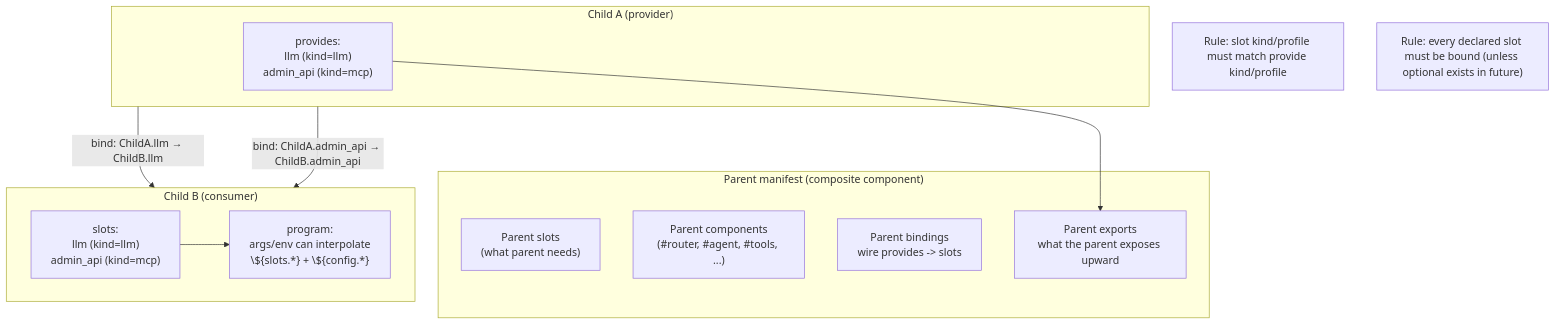
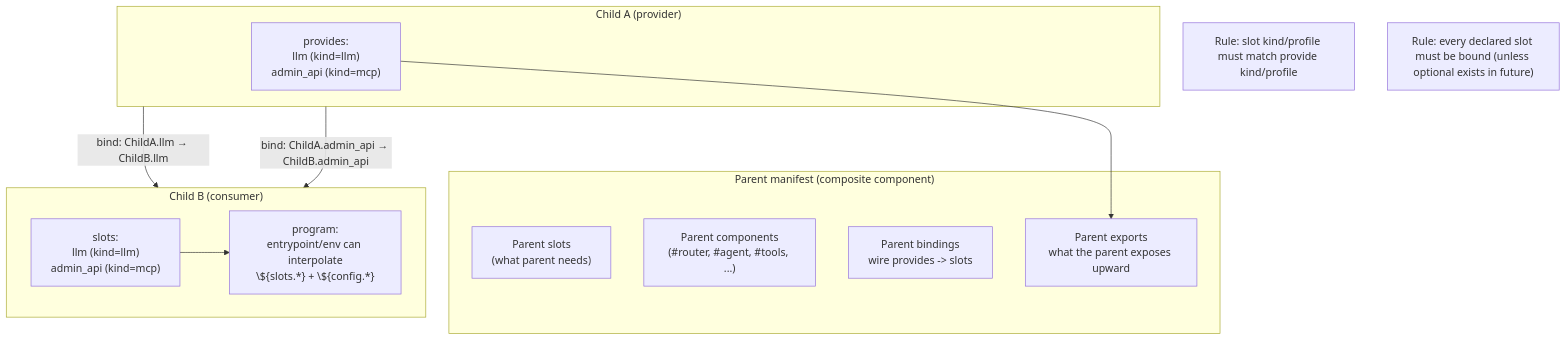
Before and after one commit to RDI-Foundation/amber: the second of 4 diagrams in README.md, drawn with Mermaid. The commit also changed other lines of this file and 51 other files, not shown here.

````diff
--- a/README.md
+++ b/README.md
@@ -38,26 +38,26 @@
 ```mermaid
 flowchart TB
   subgraph Parent["Parent manifest (composite component)"]
     Pslots["Parent slots<br/>(what parent needs)"]
     Pkids["Parent components<br/>(#router, #agent, #tools, ...)"]
     Pbind["Parent bindings<br/>wire provides -> slots"]
     Pexp["Parent exports<br/>what the parent exposes upward"]
   end
 
   subgraph ChildA["Child A (provider)"]
     Aprov["provides:<br/>llm (kind=llm)<br/>admin_api (kind=mcp)"]
   end
 
   subgraph ChildB["Child B (consumer)"]
     Bslot["slots:<br/>llm (kind=llm)<br/>admin_api (kind=mcp)"]
-    Bprog["program:<br/>args/env can interpolate<br/>\${slots.*} + \${config.*}"]
+    Bprog["program:<br/>entrypoint/env can interpolate<br/>\${slots.*} + \${config.*}"]
   end
 
   ChildA -->|"bind: ChildA.llm → ChildB.llm"| ChildB
   ChildA -->|"bind: ChildA.admin_api → ChildB.admin_api"| ChildB
   Bslot --> Bprog
   Aprov --> Pexp
 
   L1["Rule: slot kind/profile must match provide kind/profile"]
   L2["Rule: every declared slot must be bound (unless optional exists in future)"]
 ```
````
